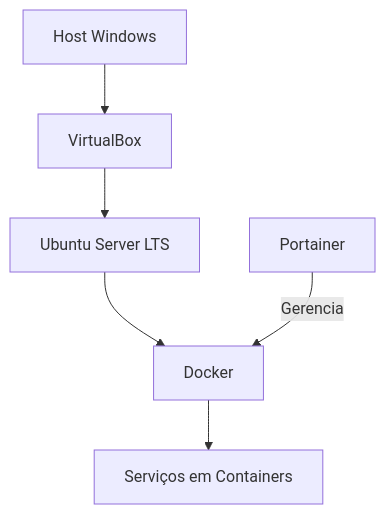
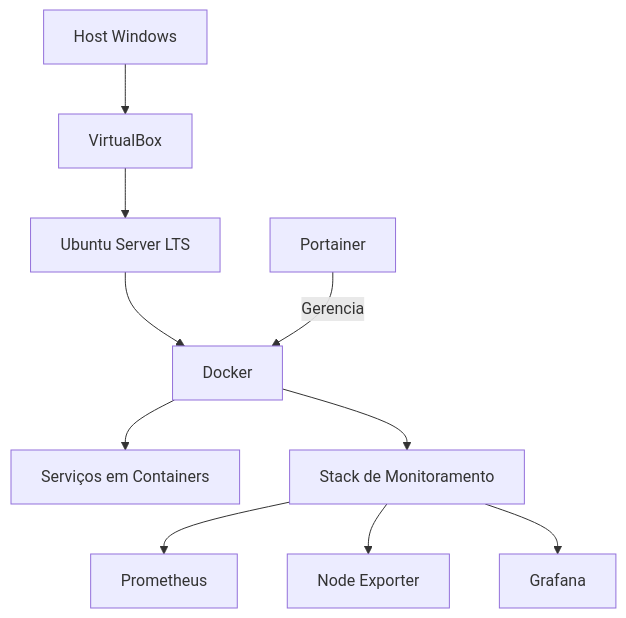
One commit to profalexandretolentino/project-kaizen-homelab changed the second of 2 diagrams in ARCHITECTURE.md. Above: the diagram before and after it, drawn with Mermaid. The commit also changed other lines of this file and 6 other files, not shown here.

````diff
--- a/ARCHITECTURE.md
+++ b/ARCHITECTURE.md
@@ -230,8 +262,12 @@
 ```mermaid
 flowchart TD
     A[Host Windows] --> B[VirtualBox]
     B --> C[Ubuntu Server LTS]
     C --> D[Docker]
     D --> E[Serviços em Containers]
+    D --> G[Stack de Monitoramento]
+    G --> H[Prometheus]
+    G --> I[Node Exporter]
+    G --> J[Grafana]
     F[Portainer] -->|Gerencia| D
 ```
````
